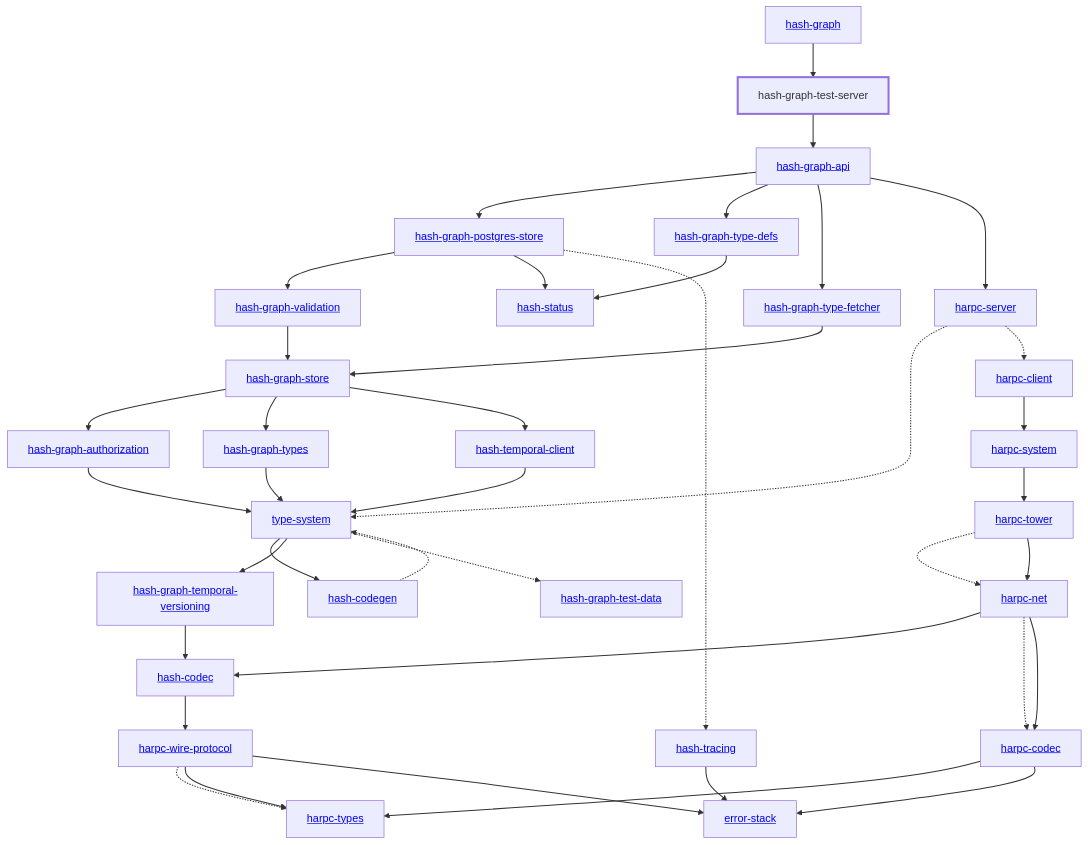
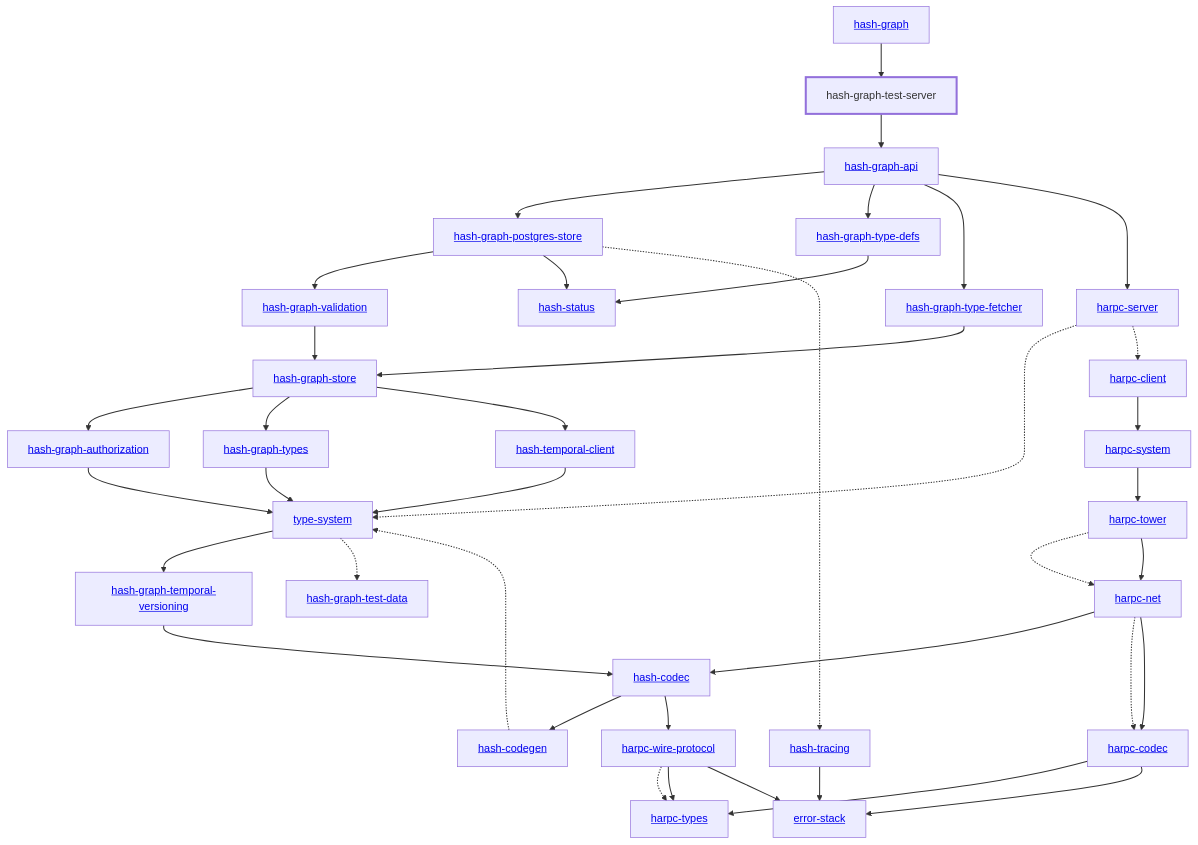
Before and after one commit to hashintel/hash: the diagram in libs/@local/graph/test-server/docs/dependency-diagram.mmd, drawn with Mermaid. The commit also changed 21 other files, not shown here.

Commit message:
Fix dependency diagrams

```diff
--- a/libs/@local/graph/test-server/docs/dependency-diagram.mmd
+++ b/libs/@local/graph/test-server/docs/dependency-diagram.mmd
@@ -1,77 +1,77 @@
 graph TD
     linkStyle default stroke-width:1.5px
     classDef default stroke-width:1px
     classDef root stroke-width:3px
     classDef dev stroke-width:1px
     classDef build stroke-width:1px
     %% Legend
     %% --> : Normal dependency
     %% -.-> : Dev dependency
     %% ---> : Build dependency
     0[<a href="../hash_graph">hash-graph</a>]
     1[<a href="../type_system">type-system</a>]
     2[<a href="../hash_codec">hash-codec</a>]
     3[<a href="../hash_codegen">hash-codegen</a>]
     4[<a href="../hash_graph_api">hash-graph-api</a>]
     5[<a href="../hash_graph_authorization">hash-graph-authorization</a>]
     6[<a href="../hash_graph_postgres_store">hash-graph-postgres-store</a>]
     7[<a href="../hash_graph_store">hash-graph-store</a>]
     8[<a href="../hash_graph_temporal_versioning">hash-graph-temporal-versioning</a>]
     9[hash-graph-test-server]
     class 9 root
     10[<a href="../hash_graph_type_defs">hash-graph-type-defs</a>]
     11[<a href="../hash_graph_type_fetcher">hash-graph-type-fetcher</a>]
     12[<a href="../hash_graph_types">hash-graph-types</a>]
     13[<a href="../hash_graph_validation">hash-graph-validation</a>]
     14[<a href="../harpc_client">harpc-client</a>]
     15[<a href="../harpc_codec">harpc-codec</a>]
     16[<a href="../harpc_net">harpc-net</a>]
     17[<a href="../harpc_server">harpc-server</a>]
     18[<a href="../harpc_system">harpc-system</a>]
     19[<a href="../harpc_tower">harpc-tower</a>]
     20[<a href="../harpc_types">harpc-types</a>]
     21[<a href="../harpc_wire_protocol">harpc-wire-protocol</a>]
     22[<a href="../hash_status">hash-status</a>]
     23[<a href="../hash_temporal_client">hash-temporal-client</a>]
     24[<a href="../hash_tracing">hash-tracing</a>]
     25[<a href="../error_stack">error-stack</a>]
     26[<a href="../hash_graph_test_data">hash-graph-test-data</a>]
     0 --> 9
-    1 --> 3
     1 --> 8
     1 -.-> 26
+    2 --> 3
     2 --> 21
     3 -.-> 1
     4 --> 6
     4 --> 10
     4 --> 11
     4 --> 17
     5 --> 1
     6 --> 13
     6 --> 22
     6 -.-> 24
     7 --> 5
     7 --> 12
     7 --> 23
     8 --> 2
     9 --> 4
     10 --> 22
     11 --> 7
     12 --> 1
     13 --> 7
     14 --> 18
     15 --> 20
     15 --> 25
     16 --> 2
     16 -.-> 15
     16 --> 15
     17 -.-> 1
     17 -.-> 14
     18 --> 19
     19 -.-> 16
     19 --> 16
     21 -.-> 20
     21 --> 20
     21 --> 25
     23 --> 1
     24 --> 25
```
